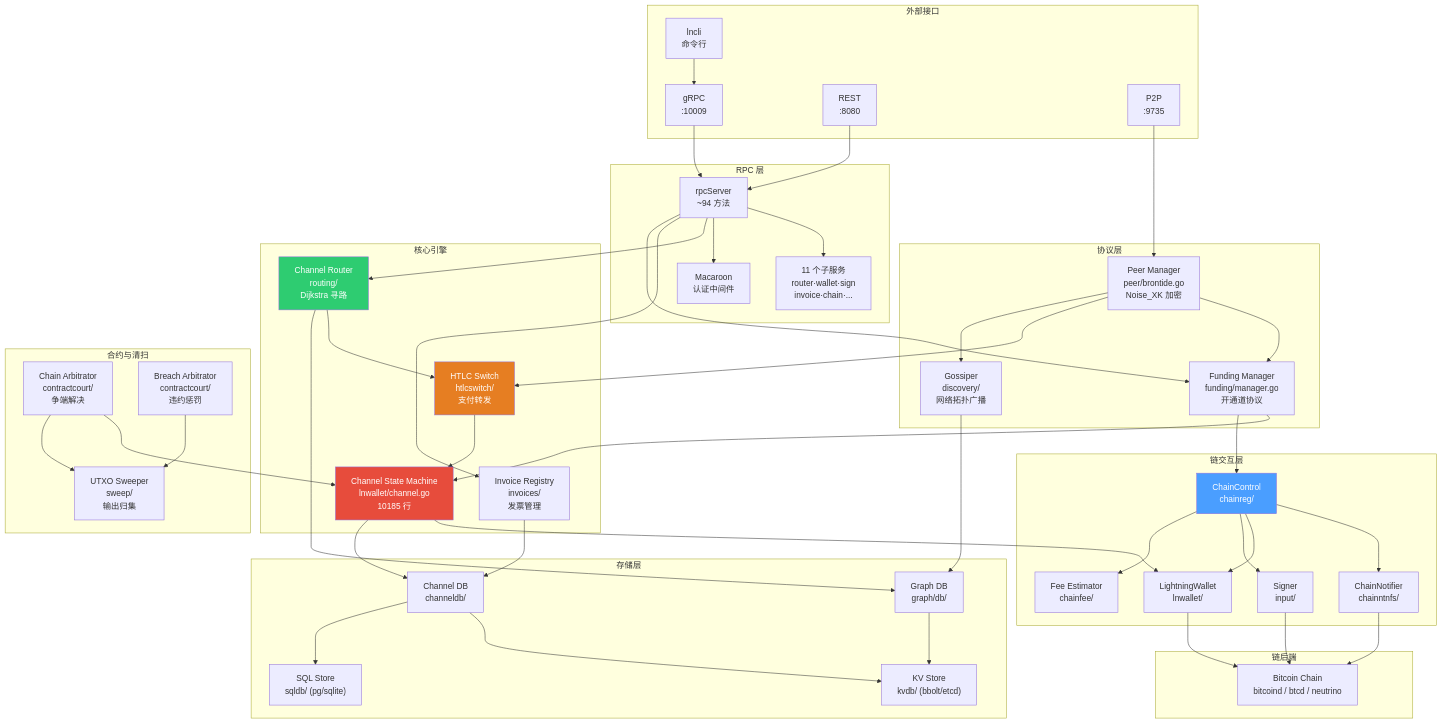
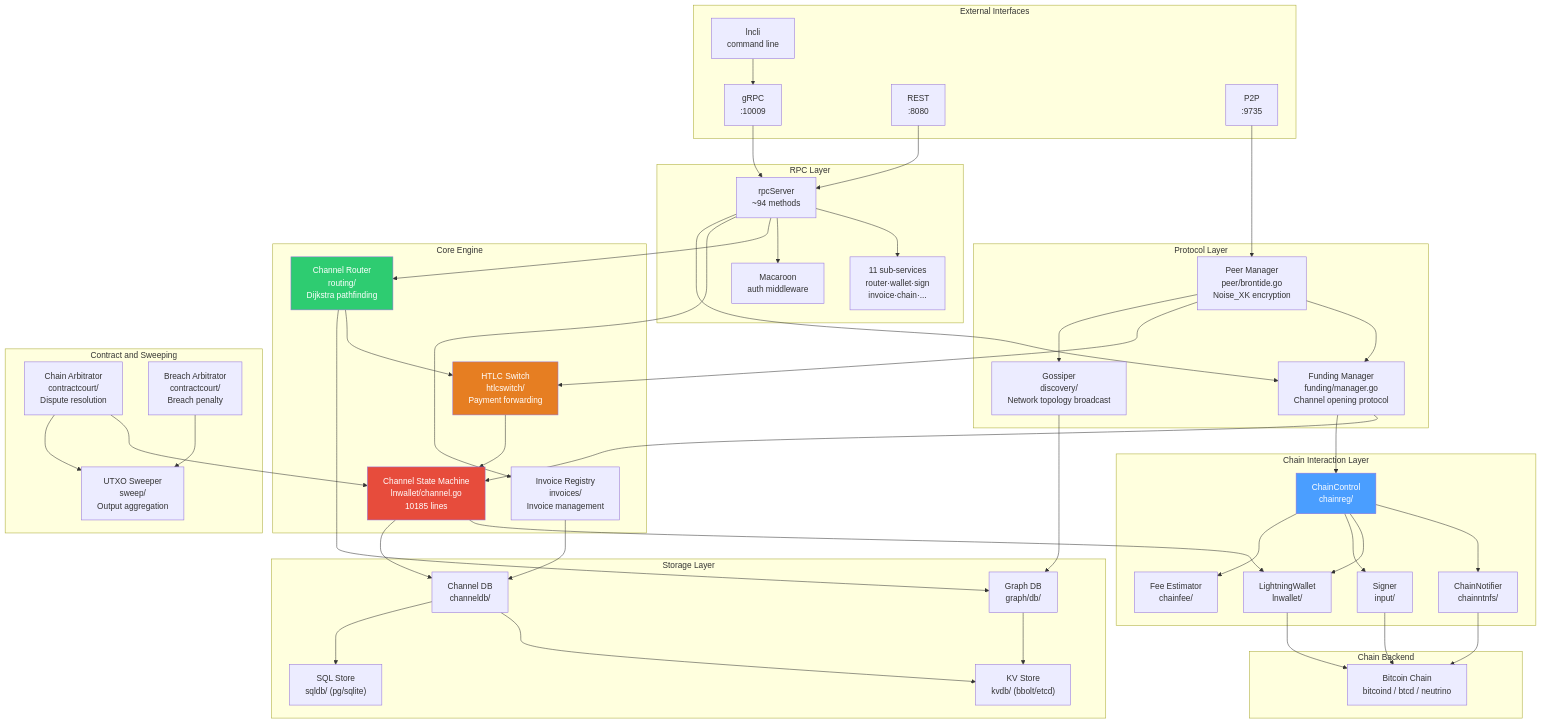
One commit to loka-network/loka-p2p-lnd changed the first of 8 diagrams in 1-refactor-docs/lnd-architecture.md. Above: the diagram before and after it, drawn with Mermaid. The commit also changed other lines of this file and 12 other files, not shown here.

````diff
--- a/1-refactor-docs/lnd-architecture.md
+++ b/1-refactor-docs/lnd-architecture.md
@@ -103,38 +103,38 @@
 ```mermaid
 graph TB
-    subgraph "外部接口"
-        CLI["lncli<br/>命令行"]
+    subgraph "External Interfaces"
+        CLI["lncli<br/>command line"]
         GRPC["gRPC<br/>:10009"]
         REST["REST<br/>:8080"]
         P2P["P2P<br/>:9735"]
     end
 
-    subgraph "RPC 层"
-        RPC["rpcServer<br/>~94 方法"]
-        SubRPC["11 个子服务<br/>router·wallet·sign<br/>invoice·chain·..."]
-        Macaroon["Macaroon<br/>认证中间件"]
+    subgraph "RPC Layer"
+        RPC["rpcServer<br/>~94 methods"]
+        SubRPC["11 sub-services<br/>router·wallet·sign<br/>invoice·chain·..."]
+        Macaroon["Macaroon<br/>auth middleware"]
     end
 
-    subgraph "协议层"
-        Peer["Peer Manager<br/>peer/brontide.go<br/>Noise_XK 加密"]
-        Funding["Funding Manager<br/>funding/manager.go<br/>开通道协议"]
-        Gossip["Gossiper<br/>discovery/<br/>网络拓扑广播"]
+    subgraph "Protocol Layer"
+        Peer["Peer Manager<br/>peer/brontide.go<br/>Noise_XK encryption"]
+        Funding["Funding Manager<br/>funding/manager.go<br/>Channel opening protocol"]
+        Gossip["Gossiper<br/>discovery/<br/>Network topology broadcast"]
     end
 
-    subgraph "核心引擎"
-        Switch["HTLC Switch<br/>htlcswitch/<br/>支付转发"]
-        Router["Channel Router<br/>routing/<br/>Dijkstra 寻路"]
-        Invoice["Invoice Registry<br/>invoices/<br/>发票管理"]
-        ChanSM["Channel State Machine<br/>lnwallet/channel.go<br/>10185 行"]
+    subgraph "Core Engine"
+        Switch["HTLC Switch<br/>htlcswitch/<br/>Payment forwarding"]
+        Router["Channel Router<br/>routing/<br/>Dijkstra pathfinding"]
+        Invoice["Invoice Registry<br/>invoices/<br/>Invoice management"]
+        ChanSM["Channel State Machine<br/>lnwallet/channel.go<br/>10185 lines"]
     end
 
-    subgraph "合约与清扫"
-        ChainArb["Chain Arbitrator<br/>contractcourt/<br/>争端解决"]
-        Sweeper["UTXO Sweeper<br/>sweep/<br/>输出归集"]
-        Breach["Breach Arbitrator<br/>contractcourt/<br/>违约惩罚"]
+    subgraph "Contract and Sweeping"
+        ChainArb["Chain Arbitrator<br/>contractcourt/<br/>Dispute resolution"]
+        Sweeper["UTXO Sweeper<br/>sweep/<br/>Output aggregation"]
+        Breach["Breach Arbitrator<br/>contractcourt/<br/>Breach penalty"]
     end
 
-    subgraph "链交互层"
+    subgraph "Chain Interaction Layer"
         CC["ChainControl<br/>chainreg/"]
         Notifier["ChainNotifier<br/>chainntnfs/"]
         Wallet["LightningWallet<br/>lnwallet/"]
@@ -142,14 +142,14 @@
         FeeEst["Fee Estimator<br/>chainfee/"]
     end
 
-    subgraph "存储层"
+    subgraph "Storage Layer"
         GraphDB["Graph DB<br/>graph/db/"]
         ChanDB["Channel DB<br/>channeldb/"]
         KVDB["KV Store<br/>kvdb/ (bbolt/etcd)"]
         SQLDB["SQL Store<br/>sqldb/ (pg/sqlite)"]
     end
 
-    subgraph "链后端"
+    subgraph "Chain Backend"
         BTC["Bitcoin Chain<br/>bitcoind / btcd / neutrino"]
     end
 
````
